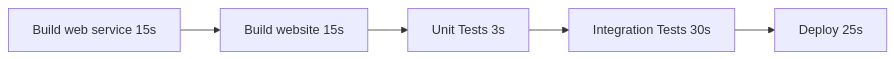
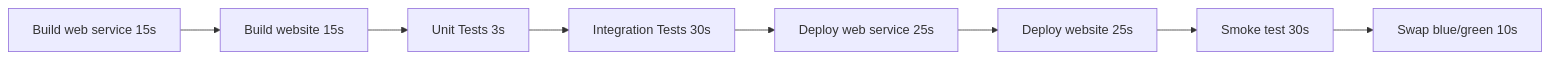
Before and after one commit to samsmithnz/ParallelPipelinesDemo: the first of 2 diagrams in README.md, drawn with Mermaid. The commit also changed other lines of this file, not shown here.

````diff
--- a/README.md
+++ b/README.md
@@ -5,4 +5,4 @@
 ```mermaid
   graph LR;
-      buildWeb[Build web service 15s]-->buildWebService[Build website 15s]-->unitTest[Unit Tests 3s]-->integrationTest[Integration Tests 30s]-->deploy[Deploy 25s];
+      buildWeb[Build web service 15s]-->buildWebService[Build website 15s]-->unitTest[Unit Tests 3s]-->integrationTest[Integration Tests 30s]-->deployWebService[Deploy web service 25s]-->deployWeb[Deploy website 25s]-->smoke[Smoke test 30s]-->swap[Swap blue/green 10s];
 ```
````
